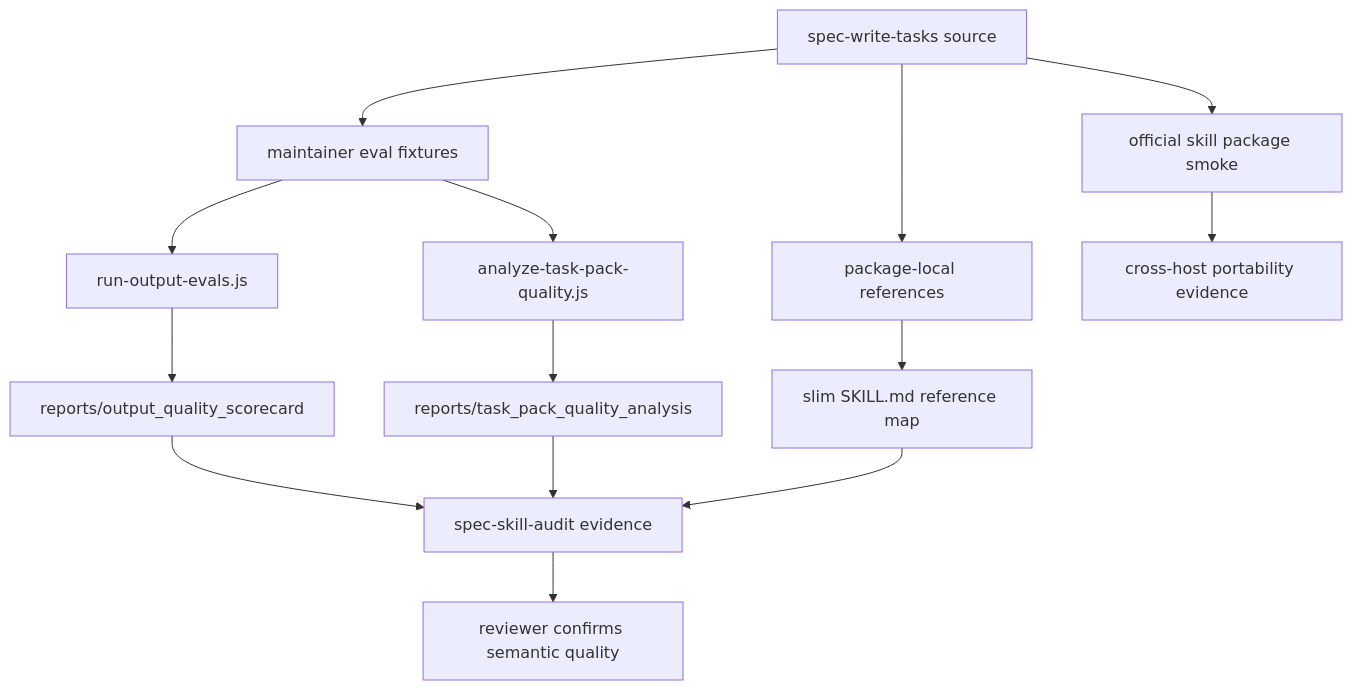
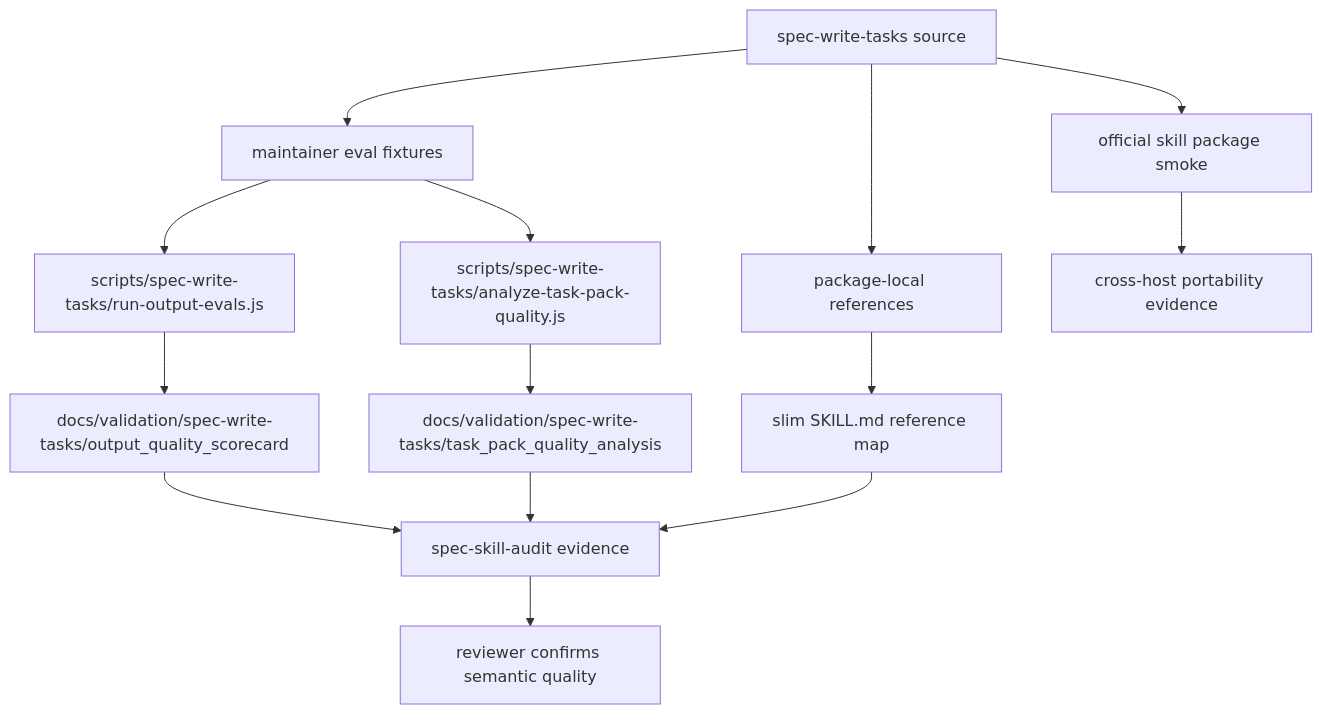
Before and after one commit to ajiao7240/spec-first: the diagram in docs/plans/2026-06-22-002-refactor-spec-write-tasks-quality-to-100-plan.md, drawn with Mermaid. The commit also changed other lines of this file and 23 other files, not shown here.

````diff
--- a/docs/plans/2026-06-22-002-refactor-spec-write-tasks-quality-to-100-plan.md
+++ b/docs/plans/2026-06-22-002-refactor-spec-write-tasks-quality-to-100-plan.md
@@ -210,16 +213,16 @@
 ```mermaid
 flowchart TB
   A[spec-write-tasks source] --> B[package-local references]
   A --> C[maintainer eval fixtures]
-  C --> D[run-output-evals.js]
-  C --> E[analyze-task-pack-quality.js]
-  D --> F[reports/output_quality_scorecard]
-  E --> G[reports/task_pack_quality_analysis]
+  C --> D[scripts/spec-write-tasks/run-output-evals.js]
+  C --> E[scripts/spec-write-tasks/analyze-task-pack-quality.js]
+  D --> F[docs/validation/spec-write-tasks/output_quality_scorecard]
+  E --> G[docs/validation/spec-write-tasks/task_pack_quality_analysis]
   B --> H[slim SKILL.md reference map]
   F --> I[spec-skill-audit evidence]
   G --> I
   H --> I
   A --> J[official skill package smoke]
   J --> K[cross-host portability evidence]
   I --> L[reviewer confirms semantic quality]
 ```
````
